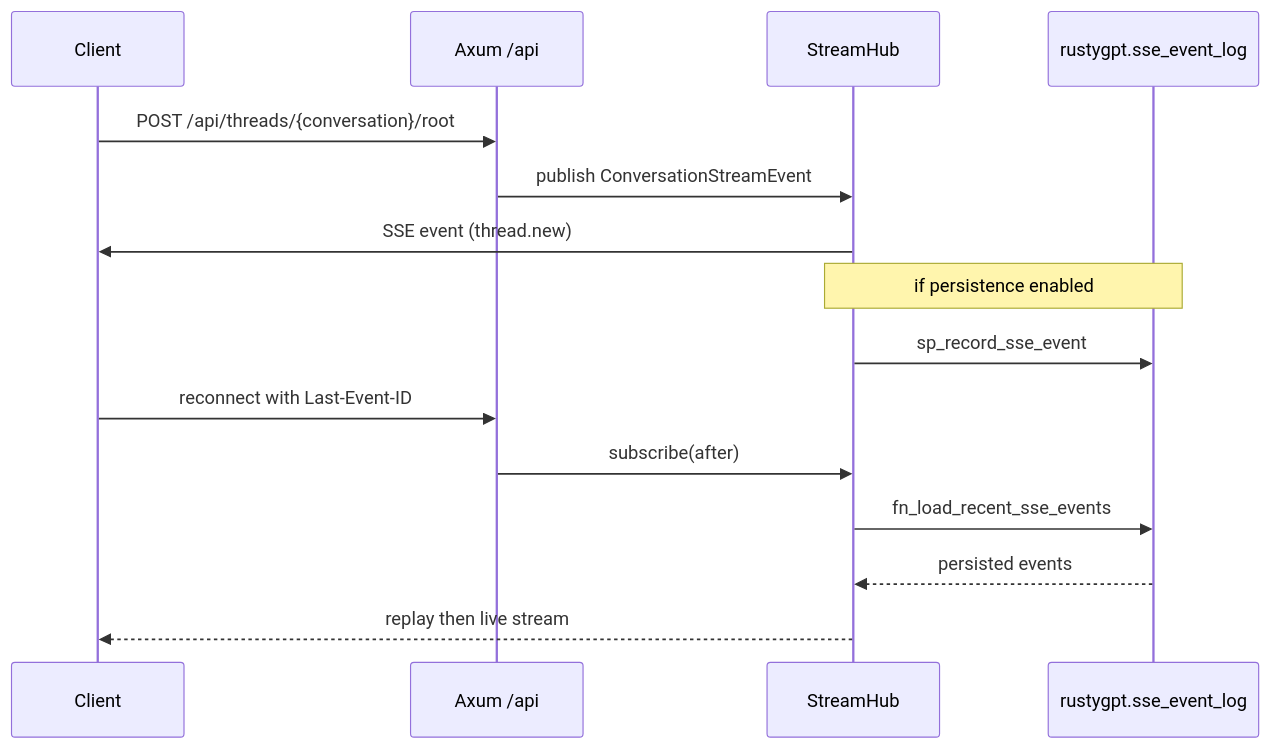
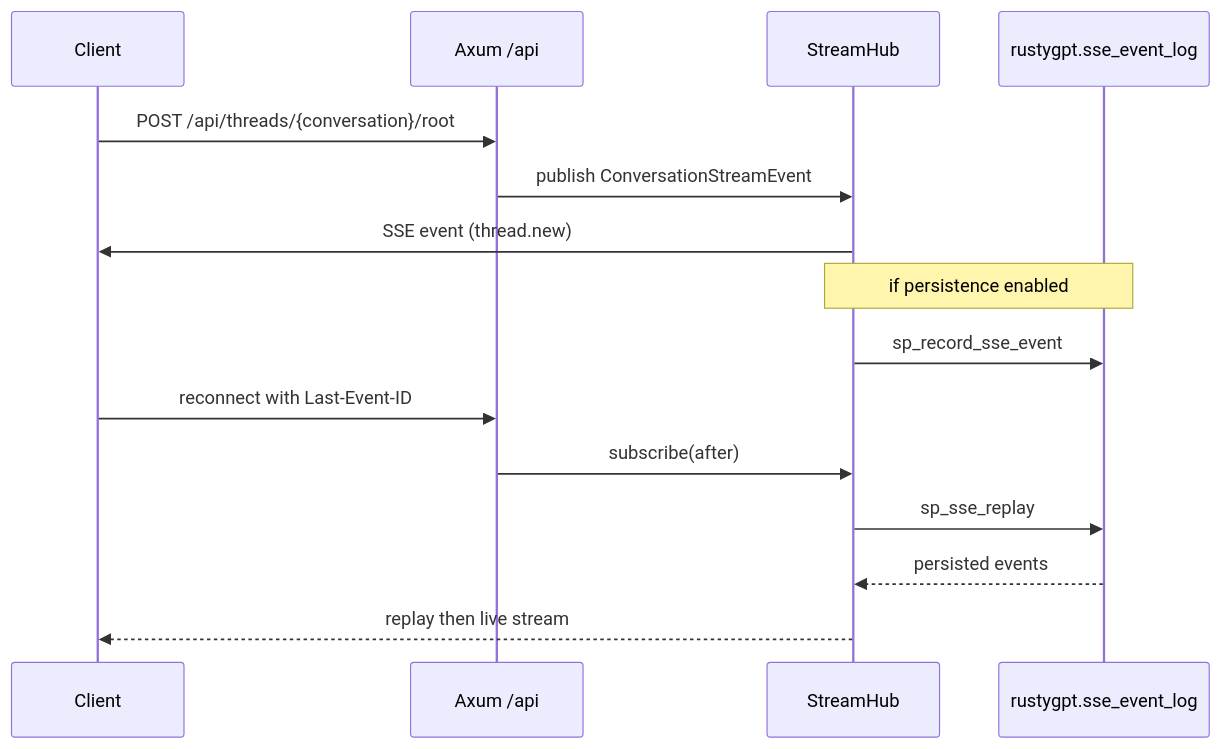
Before and after one commit to VannaDii/RustyGPT: the diagram in docs/_snippets/diagrams/sse-flow.mmd, drawn with Mermaid. The commit also changed 5 other files, not shown here.

Commit message:
feat: enhance SSE event handling with chunk indexing and replay functionality

````diff
--- a/docs/_snippets/diagrams/sse-flow.mmd
+++ b/docs/_snippets/diagrams/sse-flow.mmd
@@ -1,18 +1,18 @@
 ```mermaid
 sequenceDiagram
   participant Client
   participant API as Axum /api
   participant Hub as StreamHub
   participant DB as rustygpt.sse_event_log
 
   Client->>API: POST /api/threads/{conversation}/root
   API->>Hub: publish ConversationStreamEvent
   Hub->>Client: SSE event (thread.new)
   Note over Hub,DB: if persistence enabled
   Hub->>DB: sp_record_sse_event
   Client->>API: reconnect with Last-Event-ID
   API->>Hub: subscribe(after)
-  Hub->>DB: fn_load_recent_sse_events
+  Hub->>DB: sp_sse_replay
   DB-->>Hub: persisted events
   Hub-->>Client: replay then live stream
 ```
````
